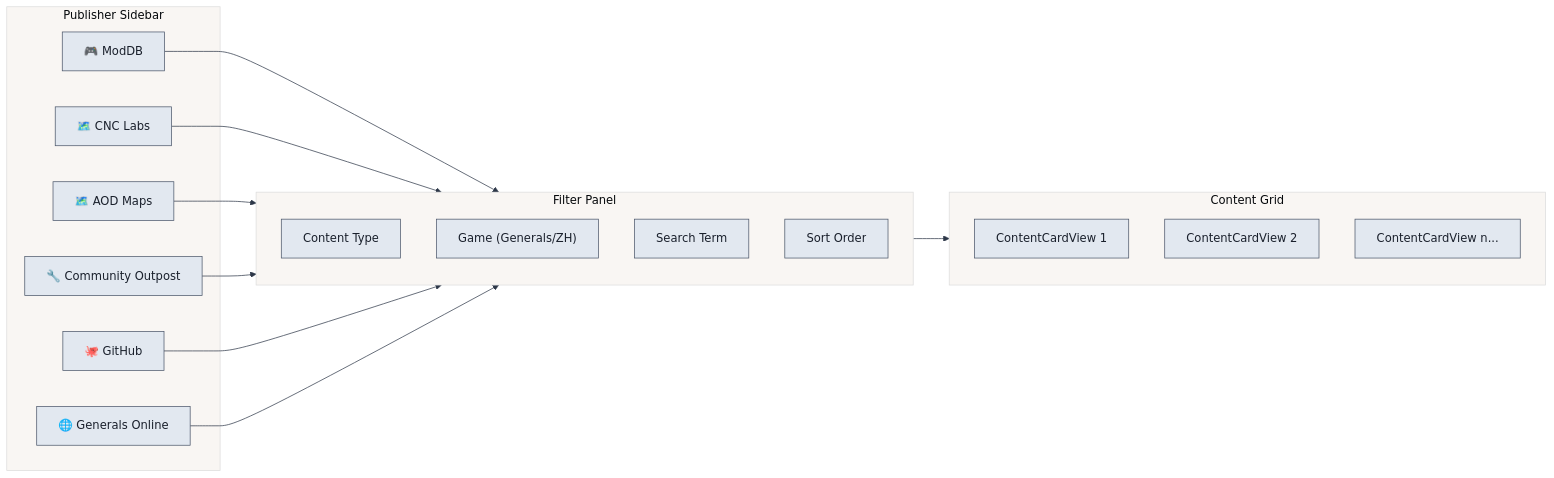
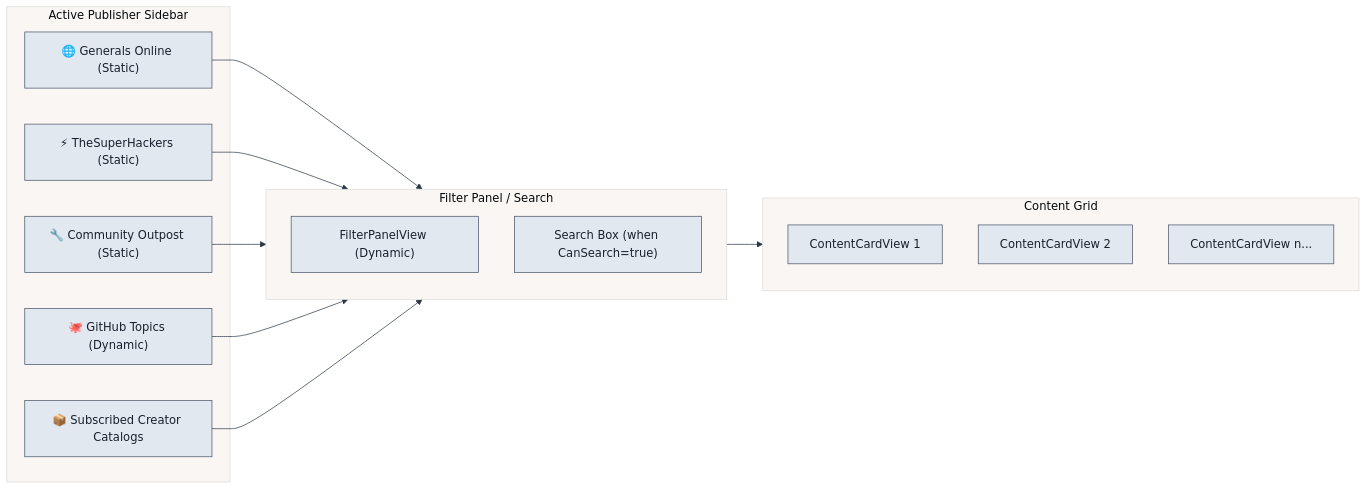
The fourth of 9 diagrams in docs/FlowCharts/Downloads-Flow.md (undead2146/GenHub), drawn with Mermaid before and after one commit. The commit also changed other lines of this file and 215 other files, not shown here.

Commit message:
feat(downloads): replace publisher cards with unified downloads browser view (#443)

````diff
--- a/docs/FlowCharts/Downloads-Flow.md
+++ b/docs/FlowCharts/Downloads-Flow.md
@@ -212,38 +218,35 @@
 ```mermaid
 %%{init: {
   'theme': 'base',
   'themeVariables': {
     'primaryColor': '#e2e8f0',
     'primaryTextColor': '#1a202c',
     'primaryBorderColor': '#4a5568',
     'lineColor': '#2d3748',
     'background': '#ffffff'
   }
 }}%%
 
 flowchart LR
-    subgraph Sidebar["Publisher Sidebar"]
-        P1["🎮 ModDB"]
-        P2["🗺️ CNC Labs"]
-        P3["🗺️ AOD Maps"]
-        P4["🔧 Community Outpost"]
-        P5["🐙 GitHub"]
-        P6["🌐 Generals Online"]
+    subgraph Sidebar["Active Publisher Sidebar"]
+        P1["🌐 Generals Online (Static)"]
+        P2["⚡ TheSuperHackers (Static)"]
+        P3["🔧 Community Outpost (Static)"]
+        P4["🐙 GitHub Topics (Dynamic)"]
+        P5["📦 Subscribed Creator Catalogs"]
     end
 
-    subgraph Filter["Filter Panel"]
-        F1["Content Type"]
-        F2["Game (Generals/ZH)"]
-        F3["Search Term"]
-        F4["Sort Order"]
+    subgraph Filter["Filter Panel / Search"]
+        F1["FilterPanelView (Dynamic)"]
+        F2["Search Box (when CanSearch=true)"]
     end
 
     subgraph Grid["Content Grid"]
         G1["ContentCardView 1"]
         G2["ContentCardView 2"]
         G3["ContentCardView n..."]
     end
 
-    P1 & P2 & P3 & P4 & P5 & P6 --> Filter
+    P1 & P2 & P3 & P4 & P5 --> Filter
     Filter --> Grid
 ```
````
